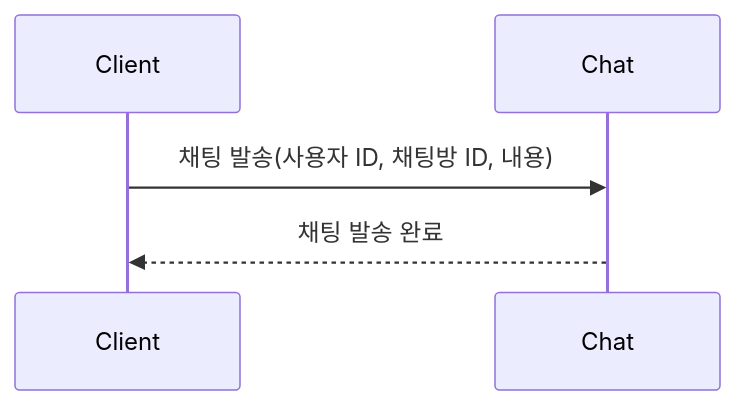
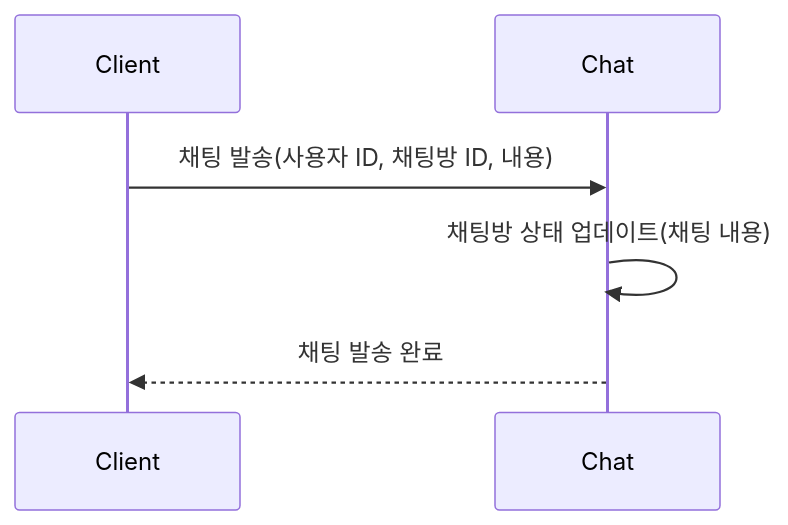
Before and after one commit to YoungWonBackendStudy/chat: the fourth of 6 diagrams in README.md, drawn with Mermaid. The commit also changed other lines of this file and 22 other files, not shown here.

````diff
--- a/README.md
+++ b/README.md
@@ -39,5 +42,6 @@
 ```mermaid
 sequenceDiagram
     Client ->> Chat: 채팅 발송(사용자 ID, 채팅방 ID, 내용)
+    Chat ->> Chat: 채팅방 상태 업데이트(채팅 내용)
     Chat -->> Client: 채팅 발송 완료
 ```
````
